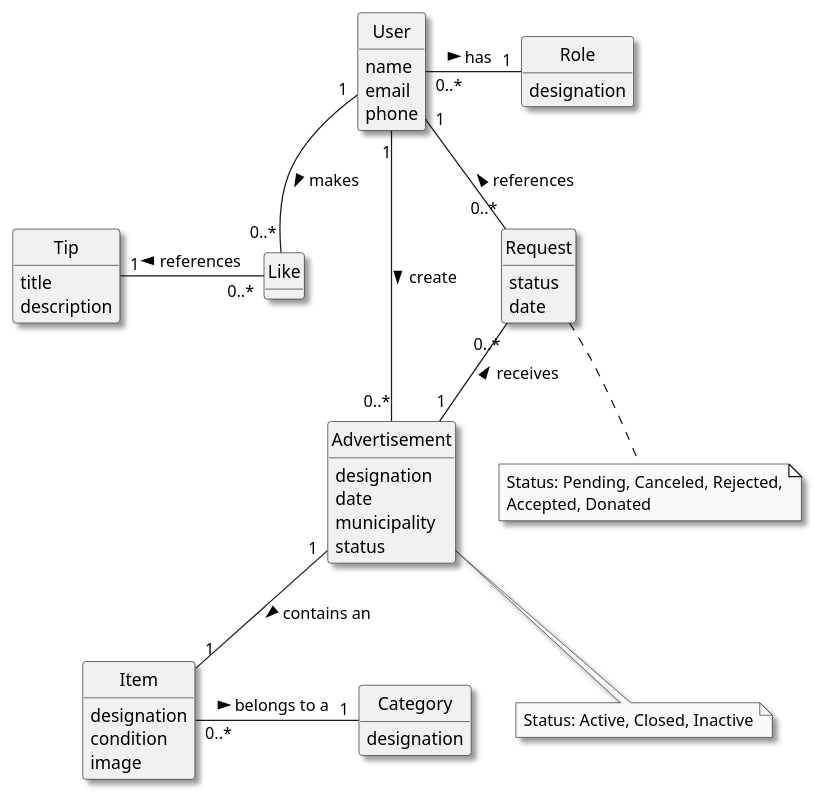
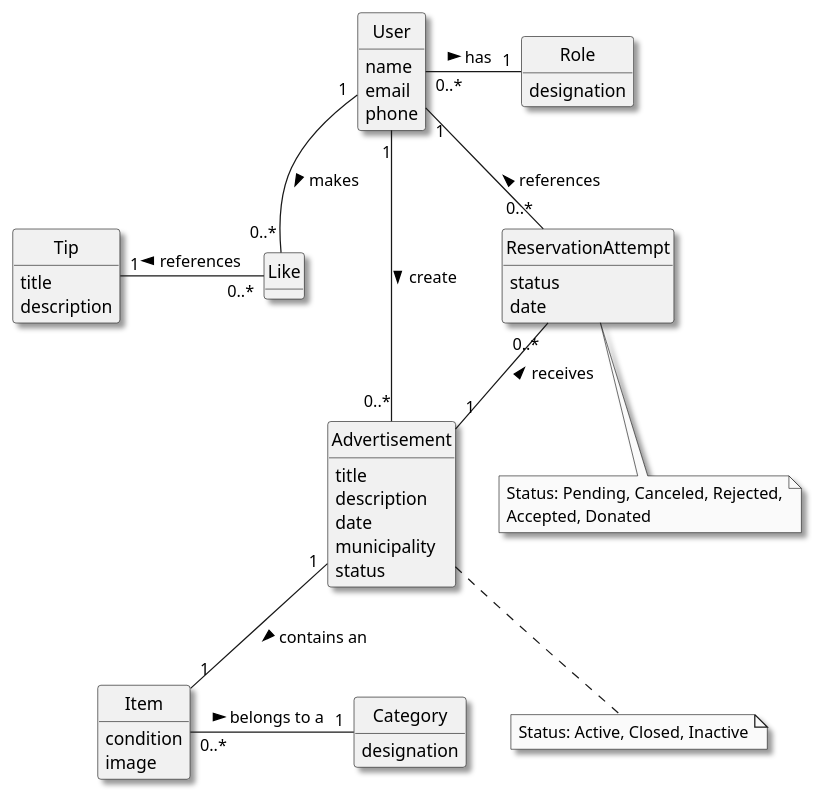
The diagram in Docs/global-artifacts/02-analysis/DM.puml (vivianeaalmeida/ComeAndGet), drawn with PlantUML before and after one commit. The commit also changed 25 other files, not shown here.

```diff
--- a/Docs/global-artifacts/02-analysis/DM.puml
+++ b/Docs/global-artifacts/02-analysis/DM.puml
@@ -3,71 +3,71 @@
 @startuml
 skinparam monochrome true
 skinparam packageStyle rectangle
 skinparam shadowing true
 'skinparam linetype ortho
 skinparam classAttributeIconSize 0
 hide circle
 hide methods
 'left to right direction
 
 class User {
     name
     email
     phone
 }
 
 class Role {
     designation
 }
 
 class Item {
-    designation
     condition
     image
 }
 
 class Category {
     designation
 }
 
 class Advertisement{
-    designation
+    title
+    description
     date
     municipality
     status
     '(active, closed)
 }
 
-class Request {
+class ReservationAttempt {
     status
     '(pending, canceled, rejected, accepted, donated)
     date
 }
 
 
 class Tip {
     title
     description
 }
 
 class Like {
 }
 
-note bottom of Request
+note bottom of ReservationAttempt
 Status: Pending, Canceled, Rejected,
 Accepted, Donated
 endnote
 
 note bottom of Advertisement
 Status: Active, Closed, Inactive
 endnote
 
 Item "0..*" -left- "1" Category : belongs to a \t >
 Advertisement "1" -- "1" Item : contains an \t >
 User "1" -- "0..*" Advertisement : create >
-User "1" -- "0..*" Request : references <
-Request "0..*" -- "1" Advertisement : receives <
+User "1" -- "0..*" ReservationAttempt : references <
+ReservationAttempt "0..*" -- "1" Advertisement : receives <
 User "1" -- "0..*" Like : makes >
 Like "0..*" -left- "1" Tip : references >
 User "0..*" - "1" Role : has \t >
 @enduml
```
